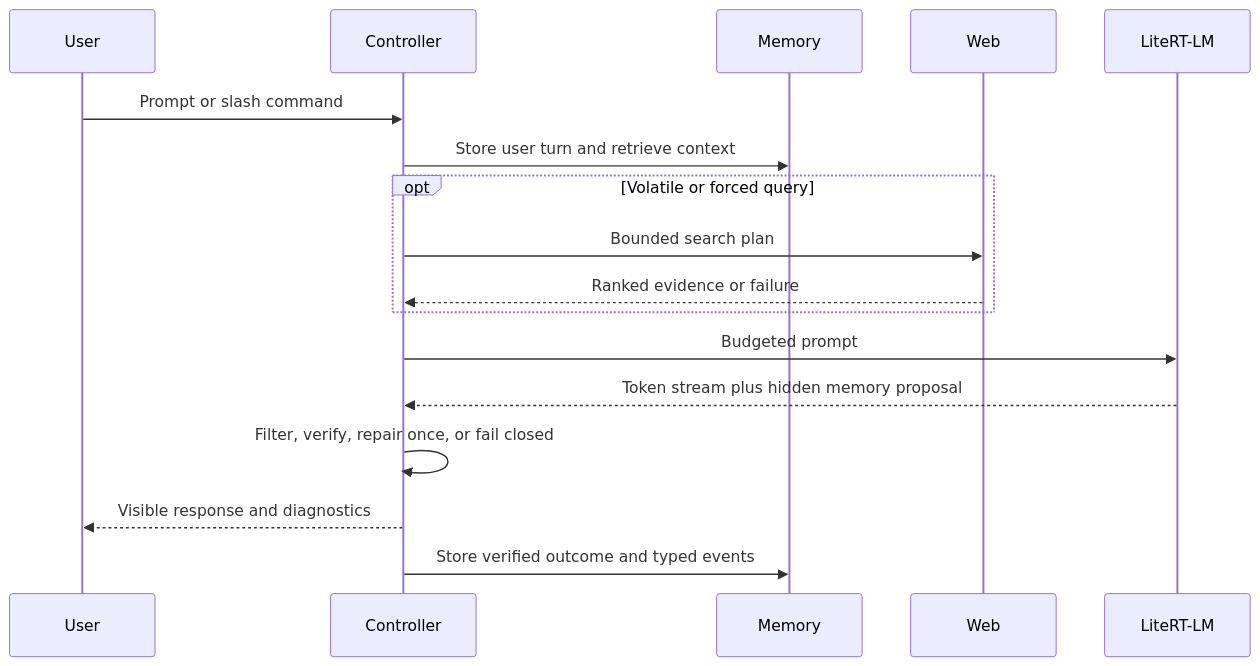
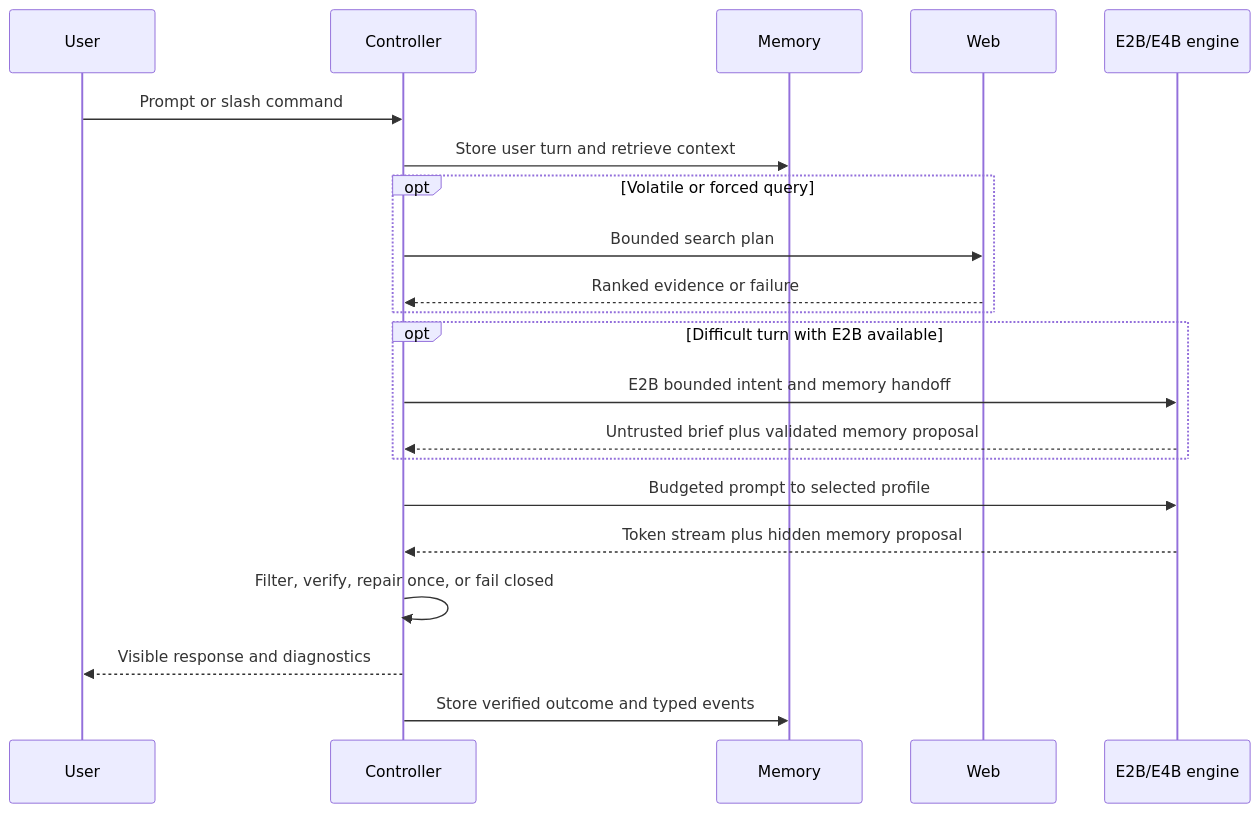
The second of 2 diagrams in docs/ARCHITECTURE.md (u8450677247-cmd/Project-InterMix), drawn with Mermaid before and after one commit. The commit also changed other lines of this file and 20 other files, not shown here.

````diff
--- a/docs/ARCHITECTURE.md
+++ b/docs/ARCHITECTURE.md
@@ -34,19 +37,23 @@
 ```mermaid
 sequenceDiagram
     participant U as User
     participant C as Controller
     participant M as Memory
     participant W as Web
-    participant L as LiteRT-LM
+    participant L as E2B/E4B engine
     U->>C: Prompt or slash command
     C->>M: Store user turn and retrieve context
     opt Volatile or forced query
         C->>W: Bounded search plan
         W-->>C: Ranked evidence or failure
     end
-    C->>L: Budgeted prompt
+    opt Difficult turn with E2B available
+        C->>L: E2B bounded intent and memory handoff
+        L-->>C: Untrusted brief plus validated memory proposal
+    end
+    C->>L: Budgeted prompt to selected profile
     L-->>C: Token stream plus hidden memory proposal
     C->>C: Filter, verify, repair once, or fail closed
     C-->>U: Visible response and diagnostics
     C->>M: Store verified outcome and typed events
 ```
````
